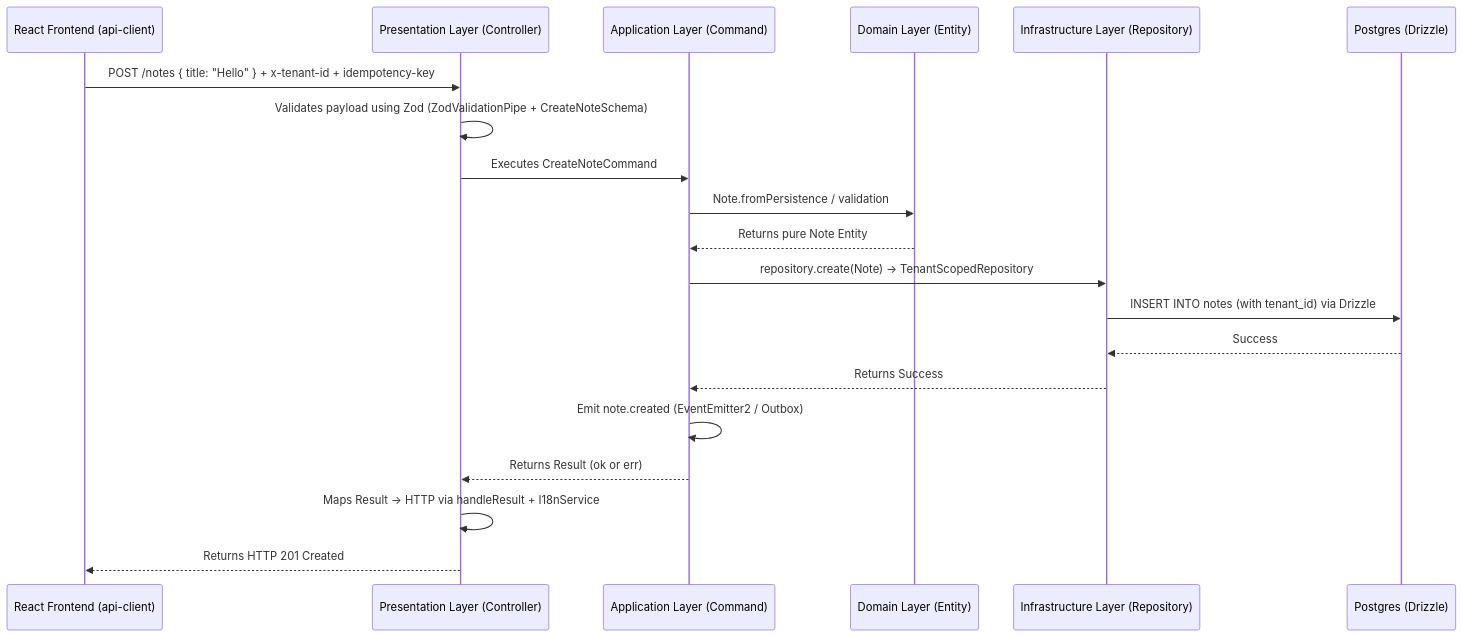
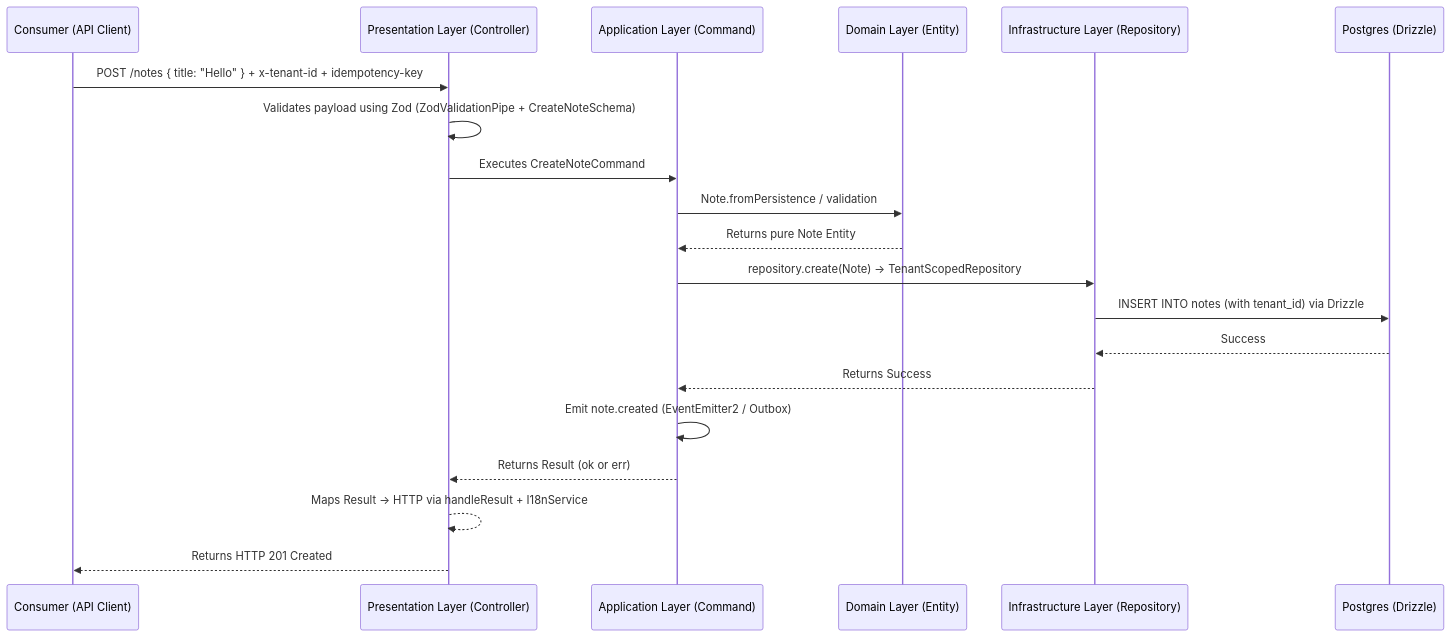
The second of 2 diagrams in ARCHITECTURE_DEEP_DIVE.md (ihssmaheel-dev/modular-monolith-architecture), drawn with Mermaid before and after one commit. The commit also changed other lines of this file and 91 other files, not shown here.

Commit message:
docs: update documentation to reflect modular backend architecture

````diff
--- a/ARCHITECTURE_DEEP_DIVE.md
+++ b/ARCHITECTURE_DEEP_DIVE.md
@@ -98,23 +72,23 @@
 ```mermaid
 sequenceDiagram
-    participant User as React Frontend (api-client)
+    participant User as Consumer (API Client)
     participant C as Presentation Layer (Controller)
     participant A as Application Layer (Command)
     participant D as Domain Layer (Entity)
     participant I as Infrastructure Layer (Repository)
     participant DB as Postgres (Drizzle)
 
     User->>C: POST /notes { title: "Hello" } + x-tenant-id + idempotency-key
     C->>C: Validates payload using Zod (ZodValidationPipe + CreateNoteSchema)
     C->>A: Executes CreateNoteCommand
     A->>D: Note.fromPersistence / validation
     D-->>A: Returns pure Note Entity
     A->>I: repository.create(Note) -> TenantScopedRepository
     I->>DB: INSERT INTO notes (with tenant_id) via Drizzle
     DB-->>I: Success
     I-->>A: Returns Success
     A->>A: Emit note.created (EventEmitter2 / Outbox)
     A-->>C: Returns Result (ok or err)
-    C->>C: Maps Result -> HTTP via handleResult + I18nService
+    C-->>C: Maps Result -> HTTP via handleResult + I18nService
     C-->>User: Returns HTTP 201 Created
 ```
````
